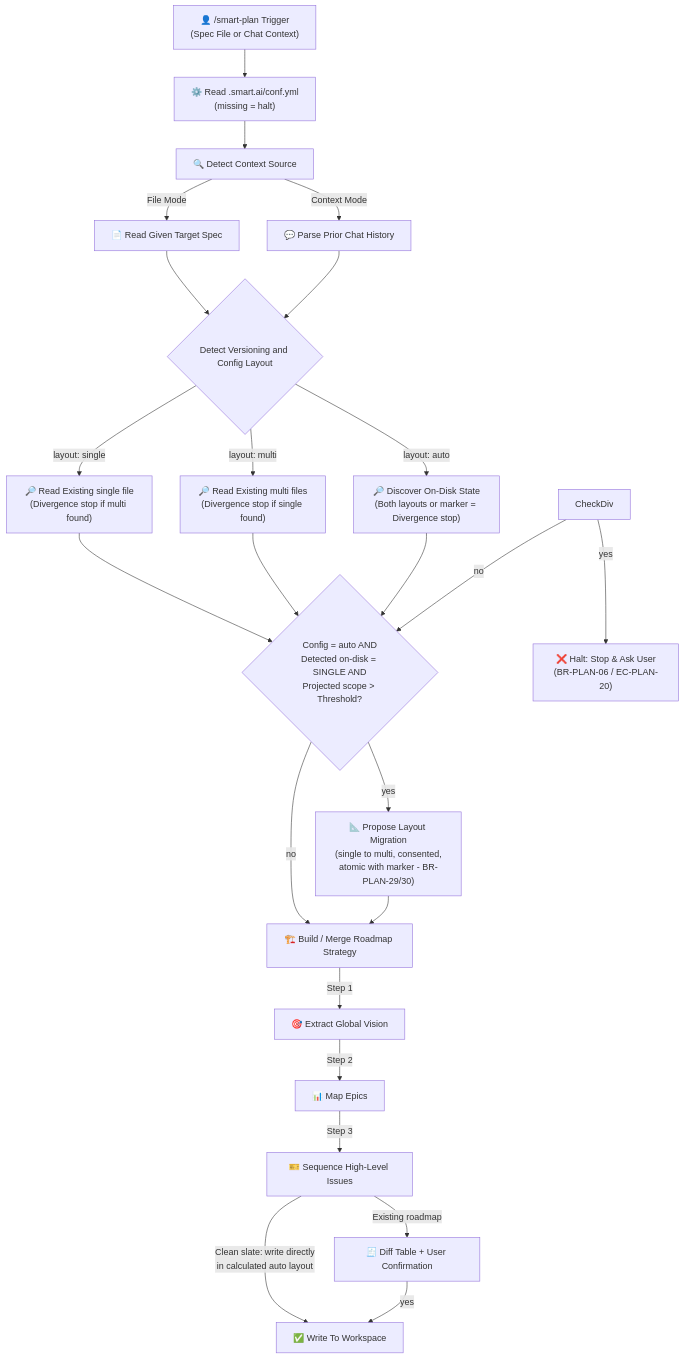
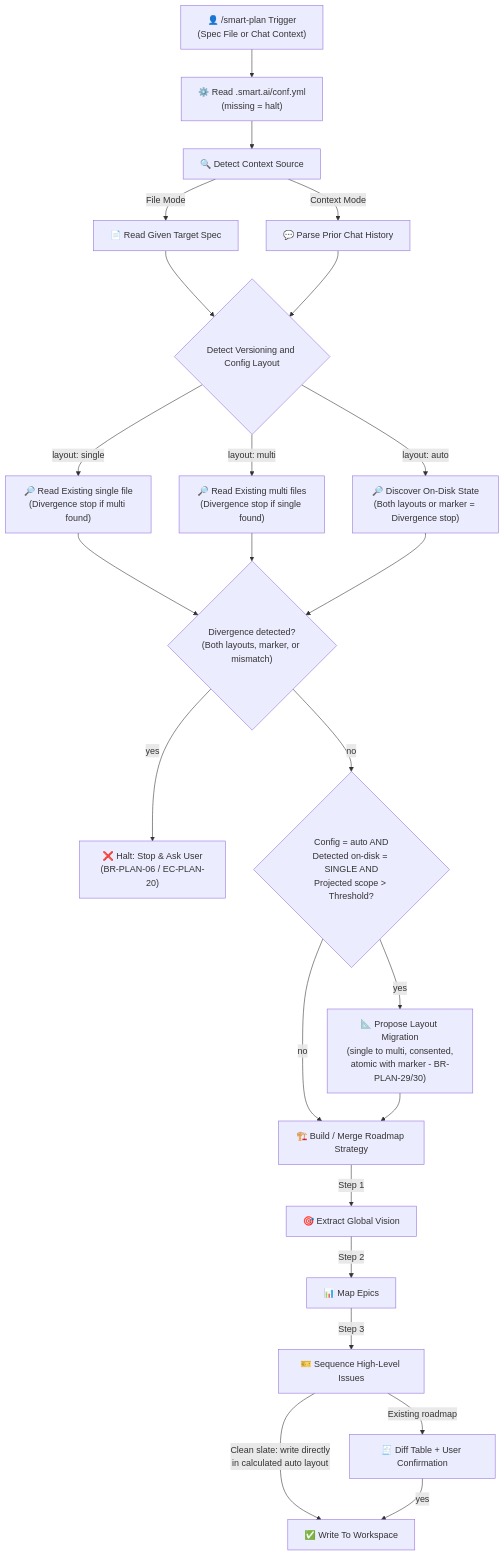
The first of 3 diagrams in docs/specs/smart-plan.md (fletort/smart-ai-factory), drawn with Mermaid before and after one commit.

````diff
--- a/docs/specs/smart-plan.md
+++ b/docs/specs/smart-plan.md
@@ -49,36 +49,36 @@
   ```mermaid
   graph TD
       Input["👤 /smart-plan Trigger<br/>(Spec File or Chat Context)"] --> Config["⚙️ Read .smart.ai/conf.yml<br/>(missing = halt)"]
       Config --> Source["🔍 Detect Context Source"]
 
       Source -->|File Mode| ReadFile["📄 Read Given Target Spec"]
       Source -->|Context Mode| ReadChat["💬 Parse Prior Chat History"]
 
       ReadFile --> Strategy{"Detect Versioning and Config Layout"}
       ReadChat --> Strategy
 
       Strategy -->|layout: single| DiscoverSingle["🔎 Read Existing single file<br/>(Divergence stop if multi found)"]
       Strategy -->|layout: multi| DiscoverMulti["🔎 Read Existing multi files<br/>(Divergence stop if single found)"]
       Strategy -->|layout: auto| DiscoverAuto["🔎 Discover On-Disk State<br/>(Both layouts or marker = Divergence stop)"]
 
-      DiscoverSingle --> LayoutEval
-      DiscoverMulti --> LayoutEval
-      DiscoverAuto --> LayoutEval
+      DiscoverSingle --> CheckDiv{"Divergence detected?<br/>(Both layouts, marker, or mismatch)"}
+      DiscoverMulti --> CheckDiv
+      DiscoverAuto --> CheckDiv
 
       CheckDiv -->|yes| HaltDiv["❌ Halt: Stop & Ask User<br/>(BR-PLAN-06 / EC-PLAN-20)"]
       CheckDiv -->|no| LayoutEval{"Config = auto AND<br/>Detected on-disk = SINGLE AND<br/>Projected scope > Threshold?"}
 
       LayoutEval{"Config = auto AND<br/>Detected on-disk = SINGLE AND<br/>Projected scope > Threshold?"}
 
       LayoutEval -->|yes| ProposeLayout["📐 Propose Layout Migration<br/>(single to multi, consented,<br/>atomic with marker - BR-PLAN-29/30)"]
       LayoutEval -->|no| Process["🏗️ Build / Merge Roadmap Strategy"]
       ProposeLayout --> Process
 
       Process -->|Step 1| Vision["🎯 Extract Global Vision"]
       Vision -->|Step 2| Epics["📊 Map Epics"]
       Epics -->|Step 3| Issues["🎫 Sequence High-Level Issues"]
 
       Issues -->|Clean slate: write directly<br/>in calculated auto layout| Output["✅ Write To Workspace"]
       Issues -->|Existing roadmap| Confirm["🧾 Diff Table + User Confirmation"]
       Confirm -->|yes| Output
   ```
````
